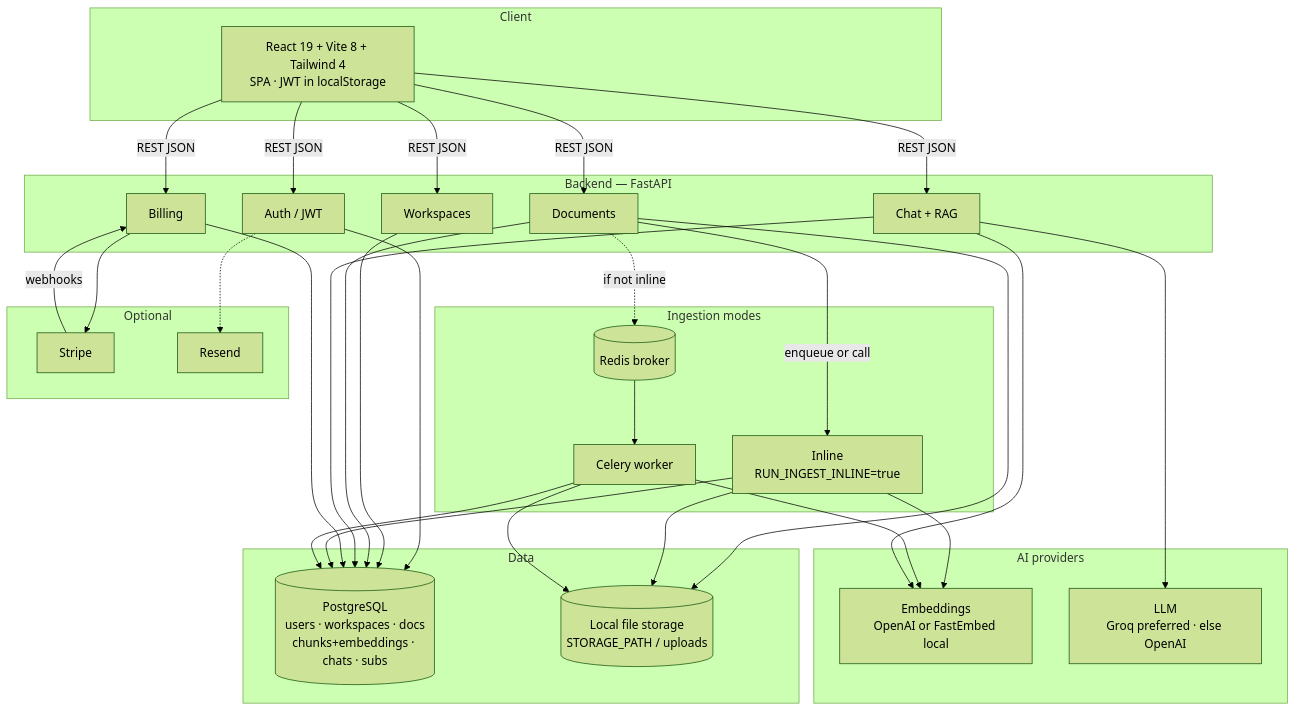
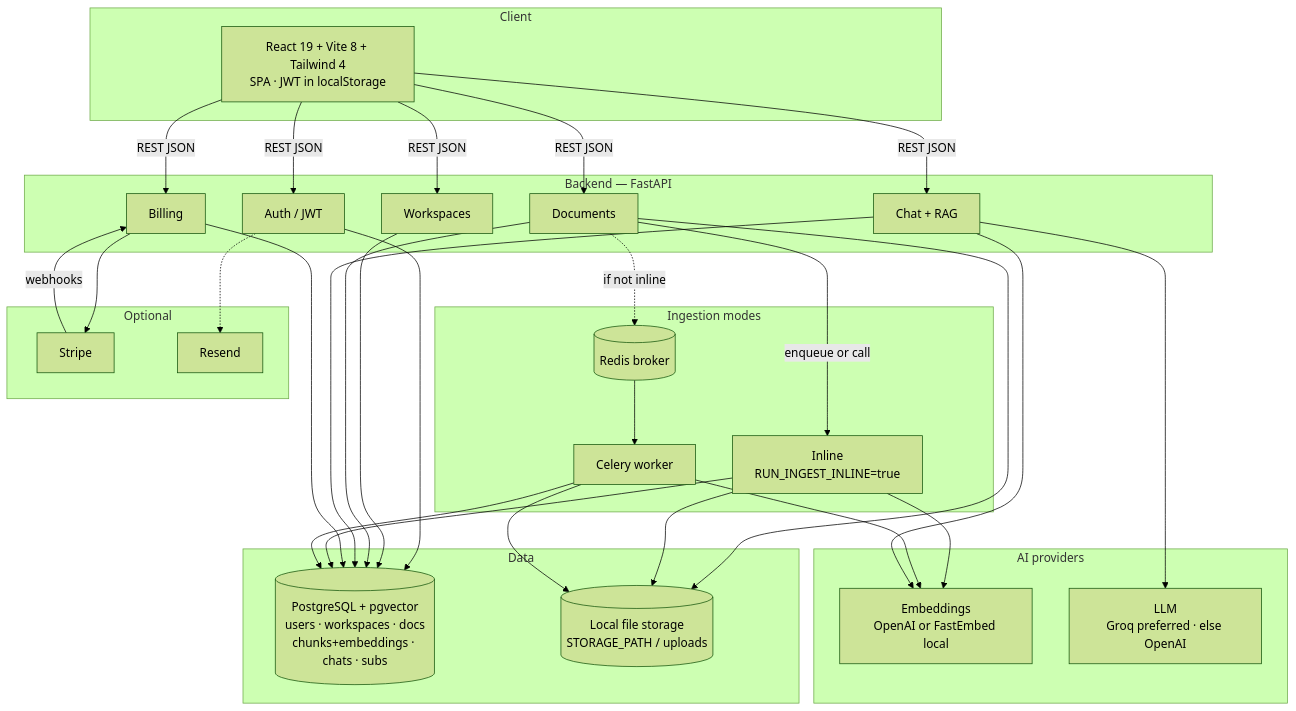
One commit to Samuel-Hailemariam-Seifu/ai-document-q-a-saas changed the first of 5 diagrams in README.md. Above: the diagram before and after it, drawn with Mermaid (forest theme). The commit also changed other lines of this file and 22 other files, not shown here.

````diff
--- a/README.md
+++ b/README.md
@@ -50,49 +50,49 @@
 ```mermaid
 flowchart TB
   subgraph Client
     FE["React 19 + Vite 8 + Tailwind 4<br/>SPA · JWT in localStorage"]
   end
 
   subgraph API["Backend — FastAPI"]
     AUTH["Auth / JWT"]
     WS["Workspaces"]
     DOCS["Documents"]
     CHAT["Chat + RAG"]
     BILL["Billing"]
   end
 
   subgraph Data
-    PG[("PostgreSQL<br/>users · workspaces · docs<br/>chunks+embeddings · chats · subs")]
+    PG[("PostgreSQL + pgvector<br/>users · workspaces · docs<br/>chunks+embeddings · chats · subs")]
     FS[("Local file storage<br/>STORAGE_PATH / uploads")]
   end
 
   subgraph Async["Ingestion modes"]
     INLINE["Inline<br/>RUN_INGEST_INLINE=true"]
     CELERY["Celery worker"]
     REDIS[("Redis broker")]
   end
 
   subgraph AI["AI providers"]
     EMB["Embeddings<br/>OpenAI or FastEmbed local"]
     LLM["LLM<br/>Groq preferred · else OpenAI"]
   end
 
   subgraph Optional
     STRIPE["Stripe"]
     RESEND["Resend"]
   end
 
   FE -->|REST JSON| AUTH & WS & DOCS & CHAT & BILL
   AUTH & WS & DOCS & CHAT & BILL --> PG
   DOCS --> FS
   DOCS -->|enqueue or call| INLINE
   DOCS -.->|if not inline| REDIS --> CELERY
   INLINE & CELERY --> FS
   INLINE & CELERY --> EMB
   INLINE & CELERY --> PG
   CHAT --> EMB
   CHAT --> LLM
   BILL --> STRIPE
   STRIPE -->|webhooks| BILL
   AUTH -.-> RESEND
 ```
````
